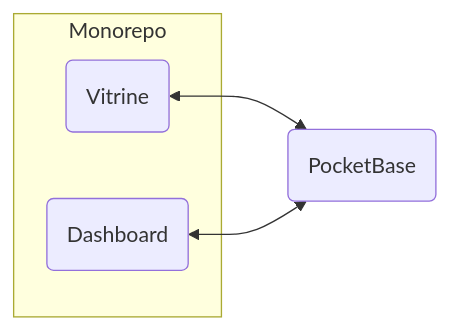
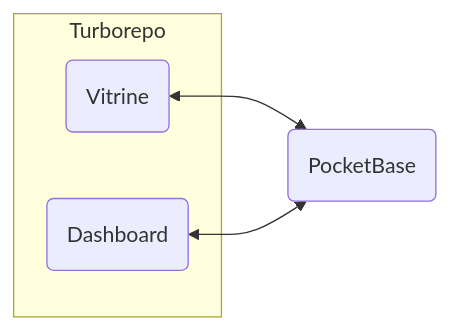
The diagram in README.md (sovmulax/cid), drawn with Mermaid before and after one commit.

````diff
--- a/README.md
+++ b/README.md
@@ -7,10 +7,10 @@
 ```mermaid
 flowchart LR
-    subgraph Monorepo
+    subgraph Turborepo
         web(Vitrine) 
         admin(Dashboard)
     end
 
     web <--> pb(PocketBase)
     admin <--> pb
 ```
````
